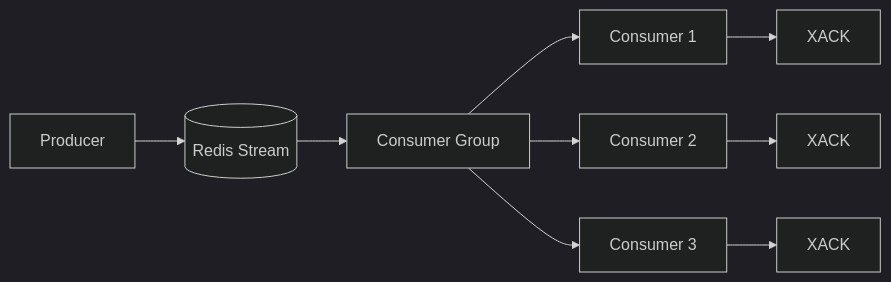
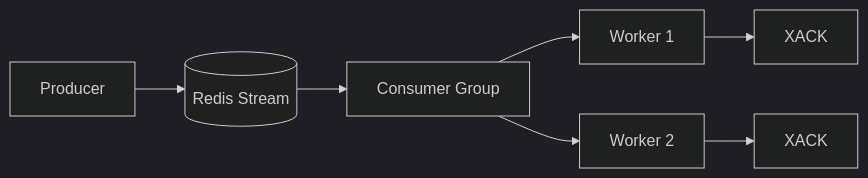
The second of 3 diagrams in src/content/caching/redis-data-structures.md (AvadhBhalodiya/Interview-Preparation), drawn with Mermaid (dark theme) before and after one commit. The commit also changed other lines of this file and 54 other files, not shown here.

````diff
--- a/src/content/caching/redis-data-structures.md
+++ b/src/content/caching/redis-data-structures.md
@@ -654,11 +489,9 @@
 ```mermaid
 flowchart LR
     P[Producer] --> S[(Redis Stream)]
     S --> G[Consumer Group]
-    G --> C1[Consumer 1]
-    G --> C2[Consumer 2]
-    G --> C3[Consumer 3]
-    C1 --> ACK1[XACK]
-    C2 --> ACK2[XACK]
-    C3 --> ACK3[XACK]
+    G --> C1[Worker 1]
+    G --> C2[Worker 2]
+    C1 --> A1[XACK]
+    C2 --> A2[XACK]
 ```
````
